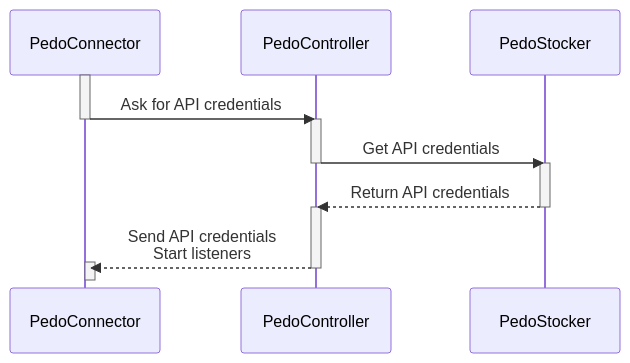
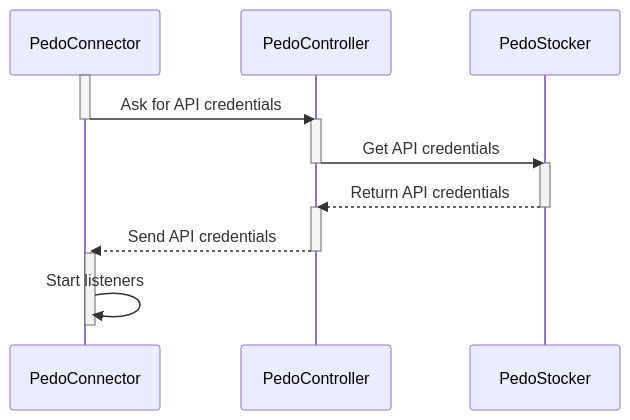
The diagram in PedoConnector/README.md (PedoPot/PedoDoc), drawn with Mermaid before and after one commit.

Commit message:
fix: Moved the 'Start Listener' action

````diff
--- a/PedoConnector/README.md
+++ b/PedoConnector/README.md
@@ -6,17 +6,18 @@
 ```mermaid
 sequenceDiagram
     activate PedoConnector
     PedoConnector->>PedoController: Ask for API credentials
     deactivate PedoConnector
     activate PedoController
     PedoController->>PedoStocker: Get API credentials
     deactivate PedoController
     activate PedoStocker
     PedoStocker-->>PedoController: Return API credentials
     deactivate PedoStocker
     activate PedoController
-    PedoController-->>+PedoConnector: Send API credentials<br>Start listeners
+    PedoController-->>+PedoConnector: Send API credentials
     deactivate PedoController
     activate PedoConnector
+    PedoConnector->>PedoConnector: Start listeners
     deactivate PedoConnector
 ```
````
